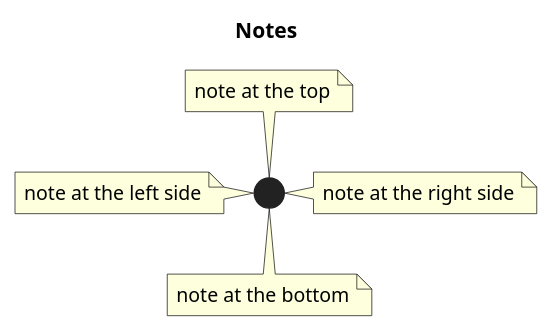
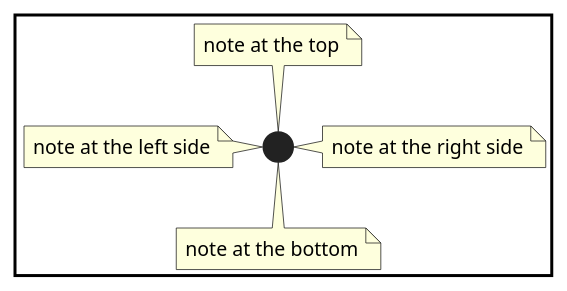
One commit to chraxo/UmlMarkdownCheatSheet changed diagram 11 of 33 in uml_markdown_summary.md. Above: the diagram before and after it, drawn with PlantUML. The commit also changed other lines of this file, not shown here.

```diff
--- a/uml_markdown_summary.md
+++ b/uml_markdown_summary.md
@@ -156,21 +287,20 @@
 @startuml
+    skinparam DiagramBorderColor black
+    skinparam DiagramBorderThickness 2
 
-title Notes
+    note left
+        note at the left side
+    end note
 
-note left
-    note at the left side
-end note
+    note right
+        note at the right side
+    end note
 
-note right
-    note at the right side
-end note
+    note bottom
+        note at the bottom
+    end note
 
-note bottom
-    note at the bottom
-end note
-
-note top
-    note at the top
-end note
-
+    note top
+        note at the top
+    end note
 @enduml
```
